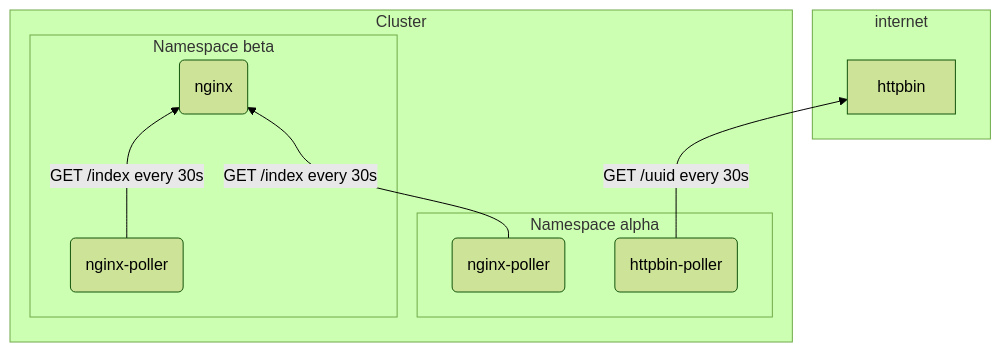
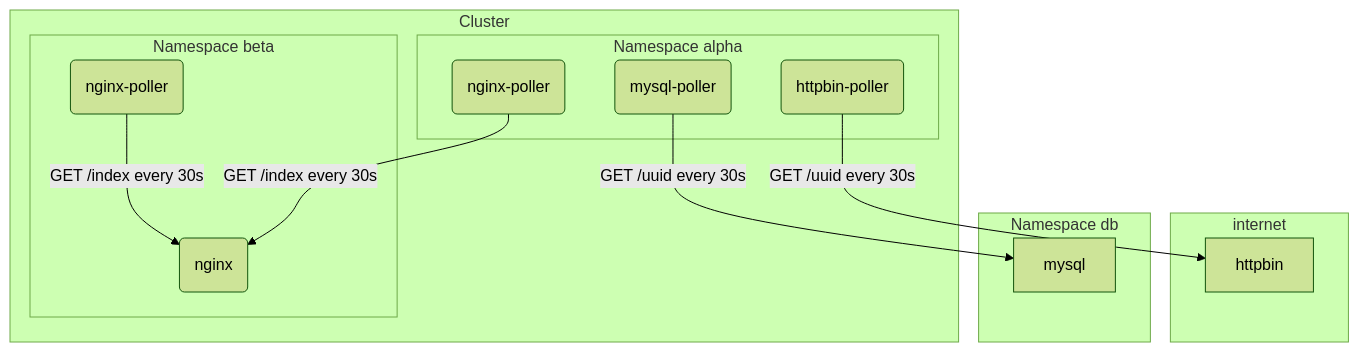
One commit to floriandorau/k8s-network-profiles changed the diagram in README.md. Above: the diagram before and after it, drawn with Mermaid (forest theme). The commit also changed other lines of this file and 6 other files, not shown here.

````diff
--- a/README.md
+++ b/README.md
@@ -9,16 +9,20 @@
 ```mermaid
-flowchart BT
+flowchart TD
     subgraph internet
         httpbin
+    end
+    subgraph Namespace db
+        mysql
     end
     subgraph Cluster        
         subgraph Namespace alpha            
             id1(httpbin-poller)-- GET /uuid every 30s -->httpbin
+            id5(mysql-poller)-- GET /uuid every 30s -->mysql
             id2(nginx-poller)
         end
         subgraph Namespace beta
             id2(nginx-poller)-- GET /index every 30s -->id4(nginx)
             id3(nginx-poller)-- GET /index every 30s -->id4(nginx)
         end
     end
 ```
````
